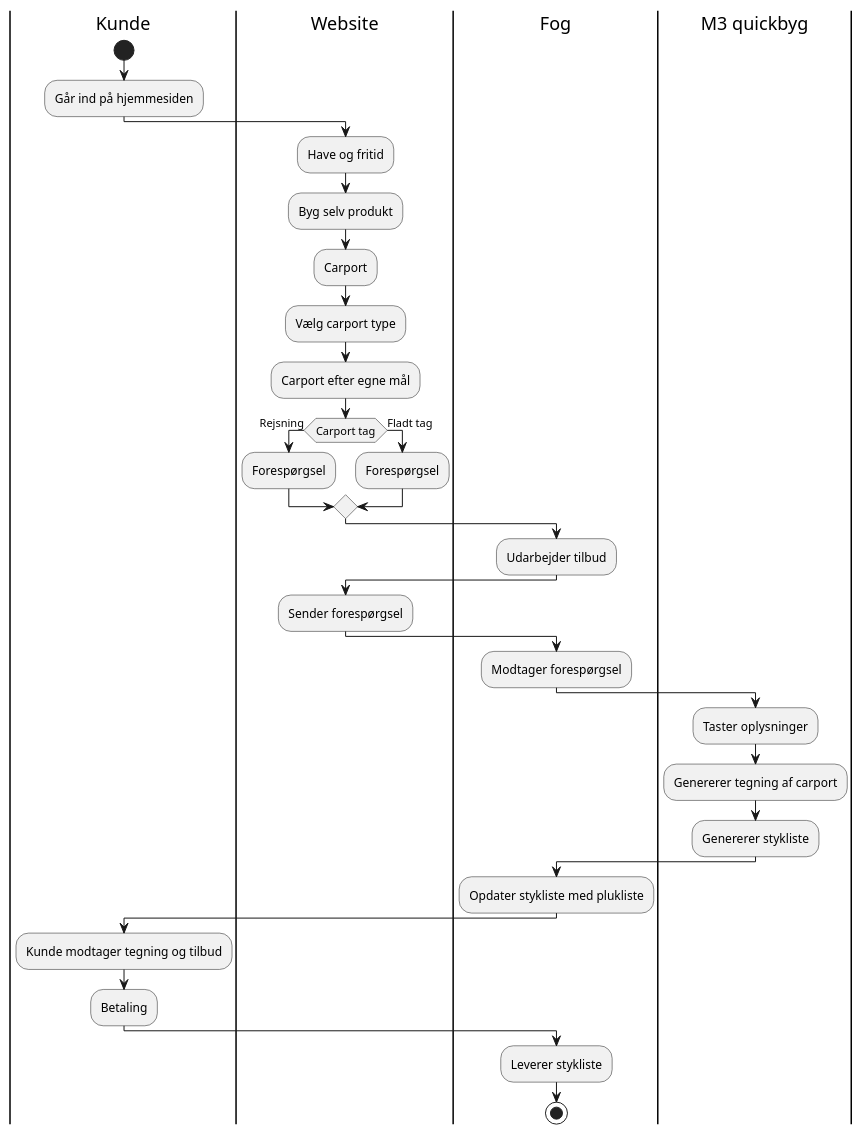
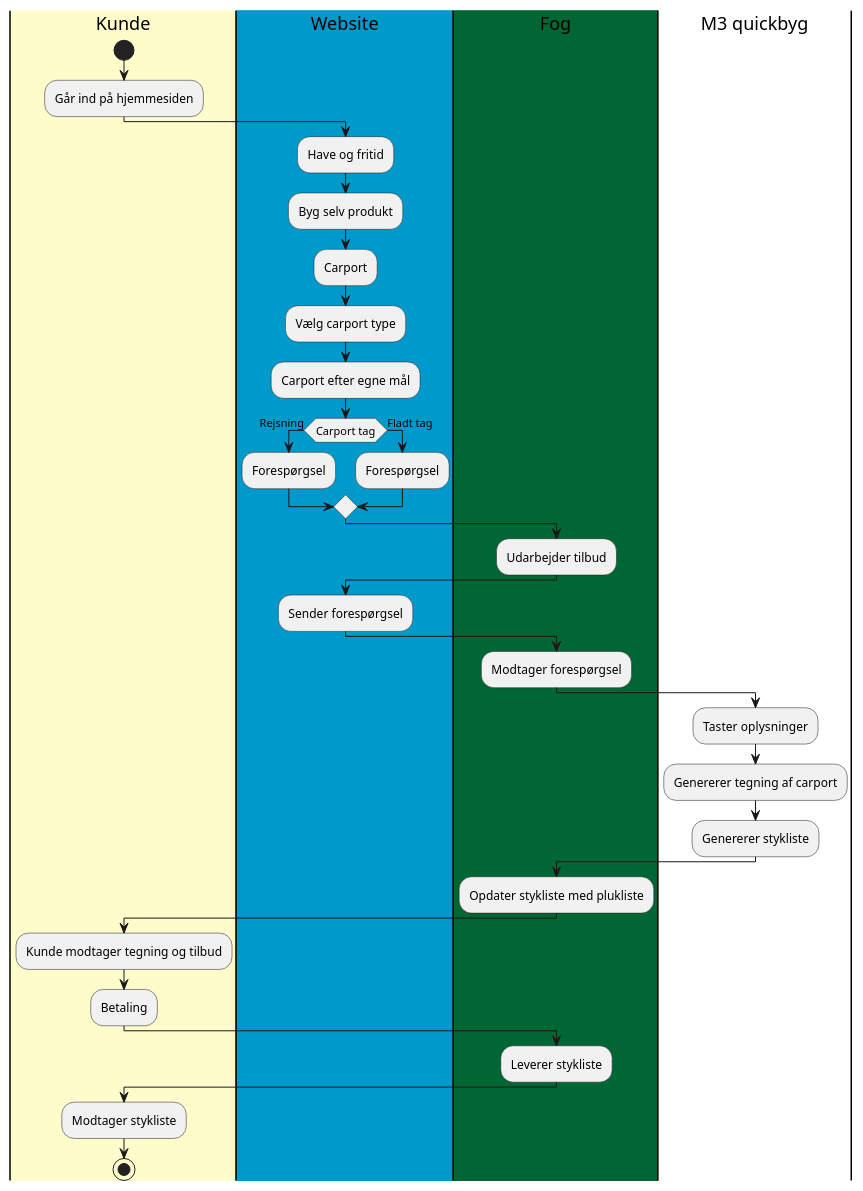
Before and after one commit to coerth/carport: the diagram in src/diagrammer/As-is.puml, drawn with PlantUML. The commit also changed 1 other file, not shown here.

Commit message:
Lavet farver på aktivitetsdiagrammerne

```diff
--- a/src/diagrammer/As-is.puml
+++ b/src/diagrammer/As-is.puml
@@ -1,34 +1,36 @@
 @startuml
-|Kunde|
+|#FFFCCC|Kunde|
 start
 :Går ind på hjemmesiden;
-|Website|
+|#0099CC|Website|
 :Have og fritid;
 :Byg selv produkt;
 :Carport;
 :Vælg carport type;
 :Carport efter egne mål;
 if (Carport tag) then (Rejsning)
   :Forespørgsel;
 else (Fladt tag)
   :Forespørgsel;
 endif
-|Fog|
+|#006633|Fog|
 :Udarbejder tilbud;
 |Website|
 :Sender forespørgsel;
 |Fog|
 :Modtager forespørgsel;
 |M3 quickbyg|
 :Taster oplysninger;
 :Genererer tegning af carport;
 :Genererer stykliste;
 |Fog|
 :Opdater stykliste med plukliste;
 |Kunde|
 :Kunde modtager tegning og tilbud;
 :Betaling;
 |Fog|
 :Leverer stykliste;
+|Kunde|
+:Modtager stykliste;
 stop
 @enduml
```
